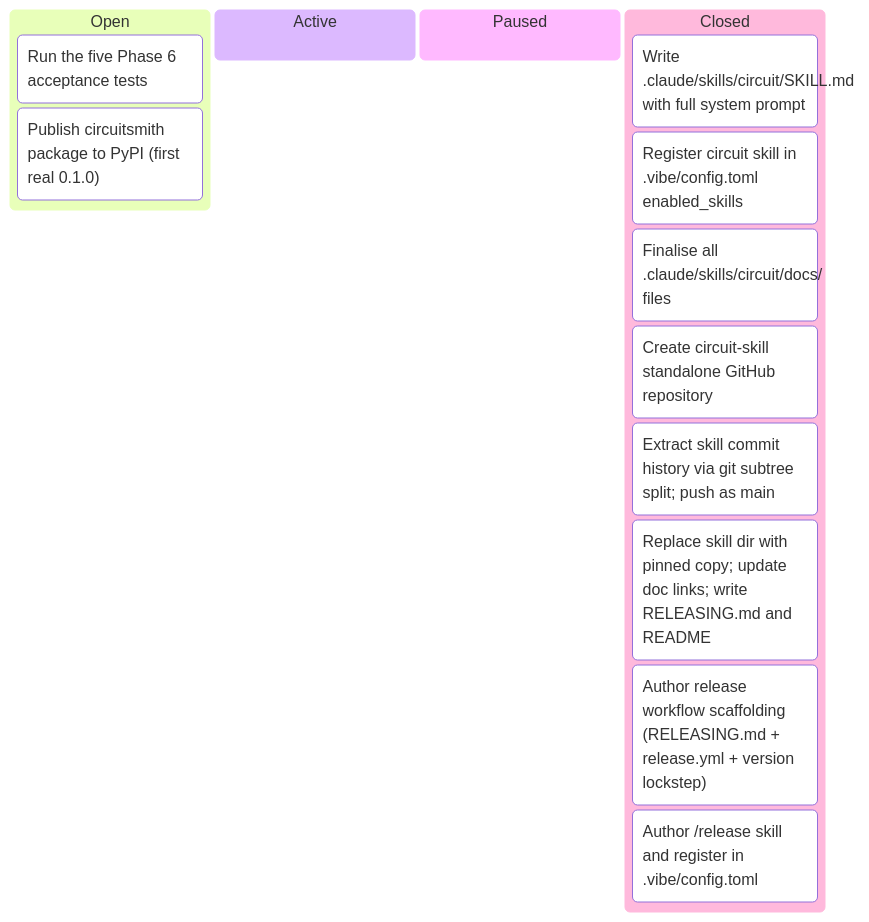
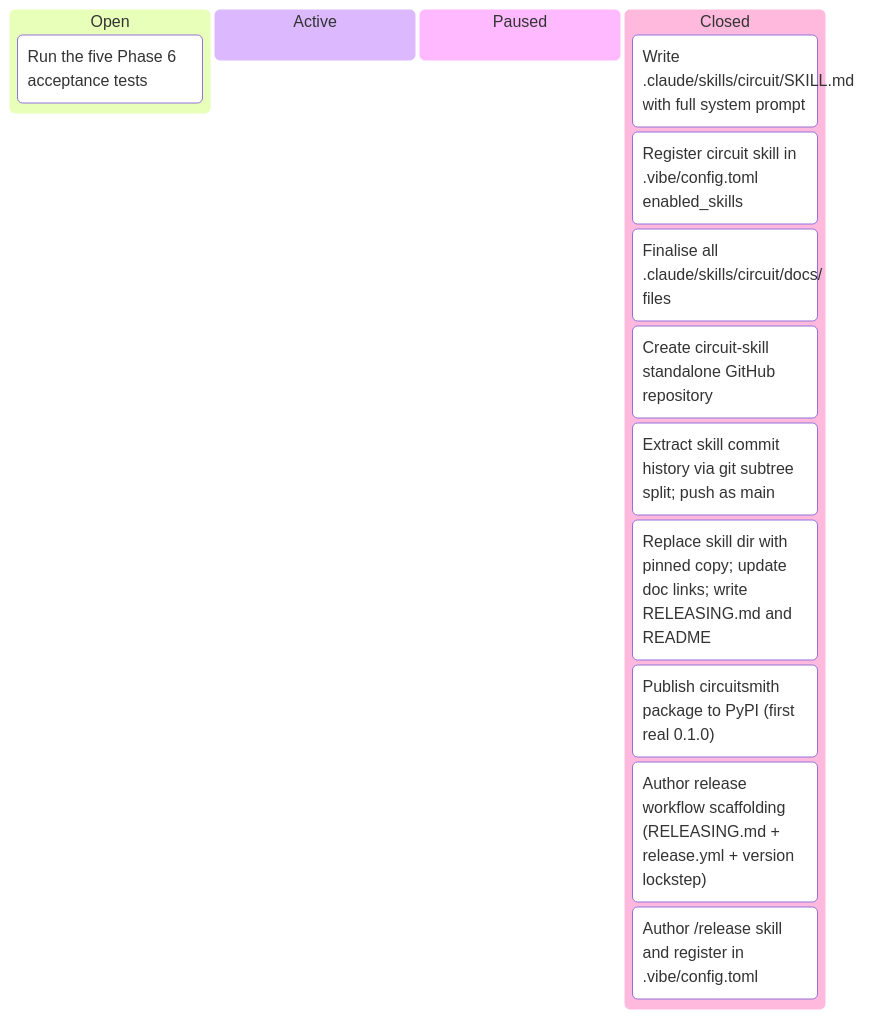
One commit to tgd1975/CircuitSmith changed the diagram in docs/developers/tasks/KANBAN.md. Above: the diagram before and after it, drawn with Mermaid. The commit also changed other lines of this file and 3 other files, not shown here.

First line of the commit message:
close TASK-080: Publish circuitsmith package to PyPI (first real 0.1.0)

````diff
--- a/docs/developers/tasks/KANBAN.md
+++ b/docs/developers/tasks/KANBAN.md
@@ -11,17 +11,17 @@
 ```mermaid
 kanban
   Open
     TASK_041["Run the five Phase 6 acceptance tests"]
-    TASK_080["Publish circuitsmith package to PyPI (first real 0.1.0)"]
   Active
   Paused
   Closed
     TASK_039["Write .claude/skills/circuit/SKILL.md with full system prompt"]
     TASK_040["Register circuit skill in .vibe/config.toml enabled_skills"]
     TASK_042["Finalise all .claude/skills/circuit/docs/ files"]
     TASK_043["Create circuit-skill standalone GitHub repository"]
     TASK_044["Extract skill commit history via git subtree split; push as main"]
     TASK_045["Replace skill dir with pinned copy; update doc links; write RELEASING.md and README"]
+    TASK_080["Publish circuitsmith package to PyPI (first real 0.1.0)"]
     TASK_081["Author release workflow scaffolding (RELEASING.md + release.yml + version lockstep)"]
     TASK_082["Author /release skill and register in .vibe/config.toml"]
 ```
````
